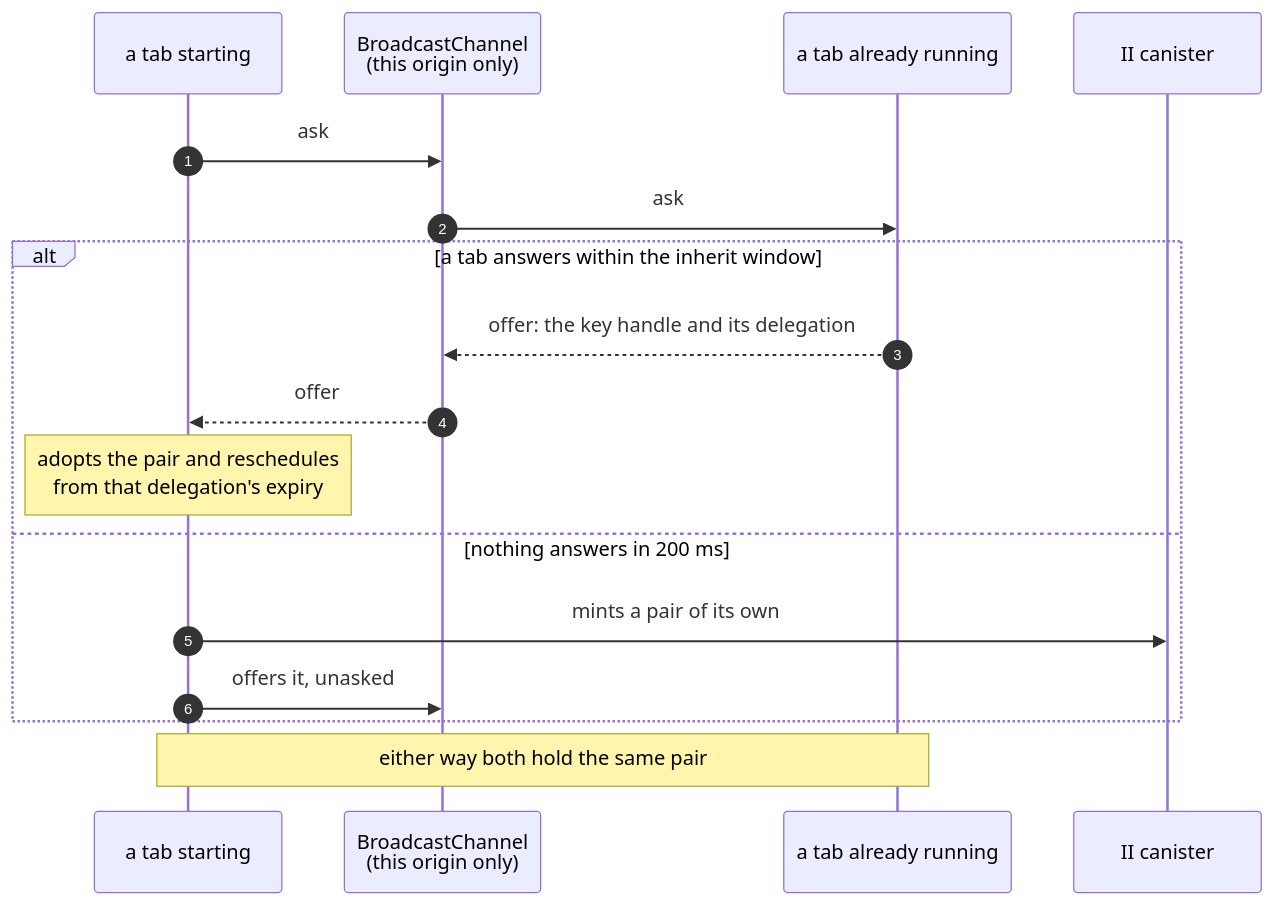
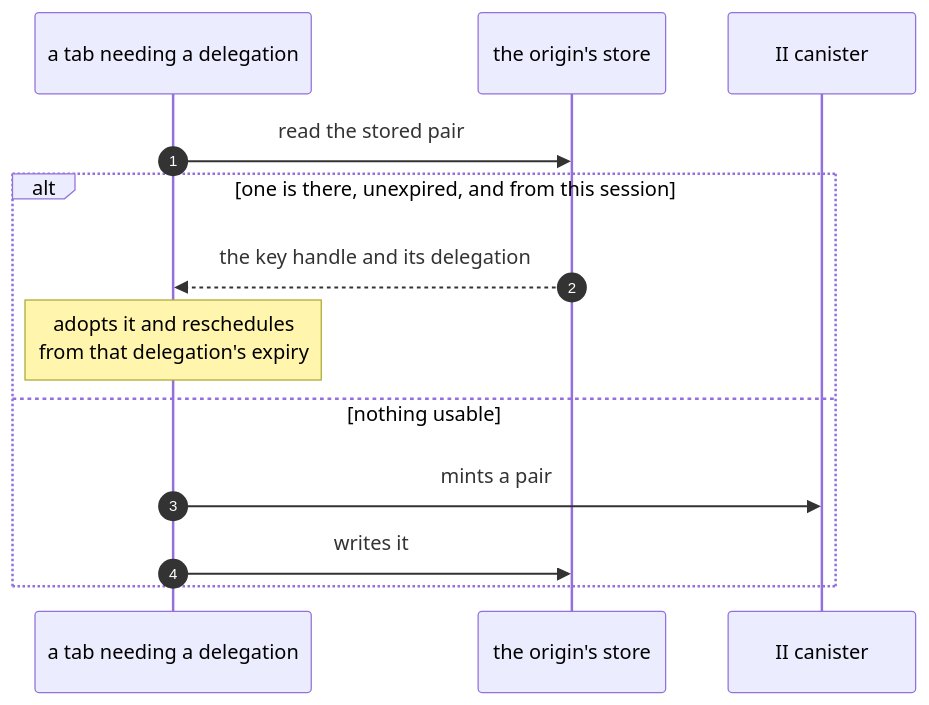
The third of 5 diagrams in docs/ongoing/client-app-sessions.md (dfinity/internet-identity), drawn with Mermaid before and after one commit. The commit also changed other lines of this file and 1 other file, not shown here.

````diff
--- a/docs/ongoing/client-app-sessions.md
+++ b/docs/ongoing/client-app-sessions.md
@@ -195,20 +194,16 @@
 ```mermaid
 sequenceDiagram
     autonumber
-    participant T2 as a tab starting
-    participant BC as BroadcastChannel<br/>(this origin only)
-    participant T1 as a tab already running
+    participant T as a tab needing a delegation
+    participant S as the origin's store
     participant II as II canister
 
-    T2->>BC: ask
-    BC->>T1: ask
-    alt a tab answers within the inherit window
-        T1-->>BC: offer: the key handle and its delegation
-        BC-->>T2: offer
-        Note over T2: adopts the pair and reschedules<br/>from that delegation's expiry
-    else nothing answers in 200 ms
-        T2->>II: mints a pair of its own
-        T2->>BC: offers it, unasked
+    T->>S: read the stored pair
+    alt one is there, unexpired, and from this session
+        S-->>T: the key handle and its delegation
+        Note over T: adopts it and reschedules<br/>from that delegation's expiry
+    else nothing usable
+        T->>II: mints a pair
+        T->>S: writes it
     end
-    Note over T1,T2: either way both hold the same pair
 ```
````
